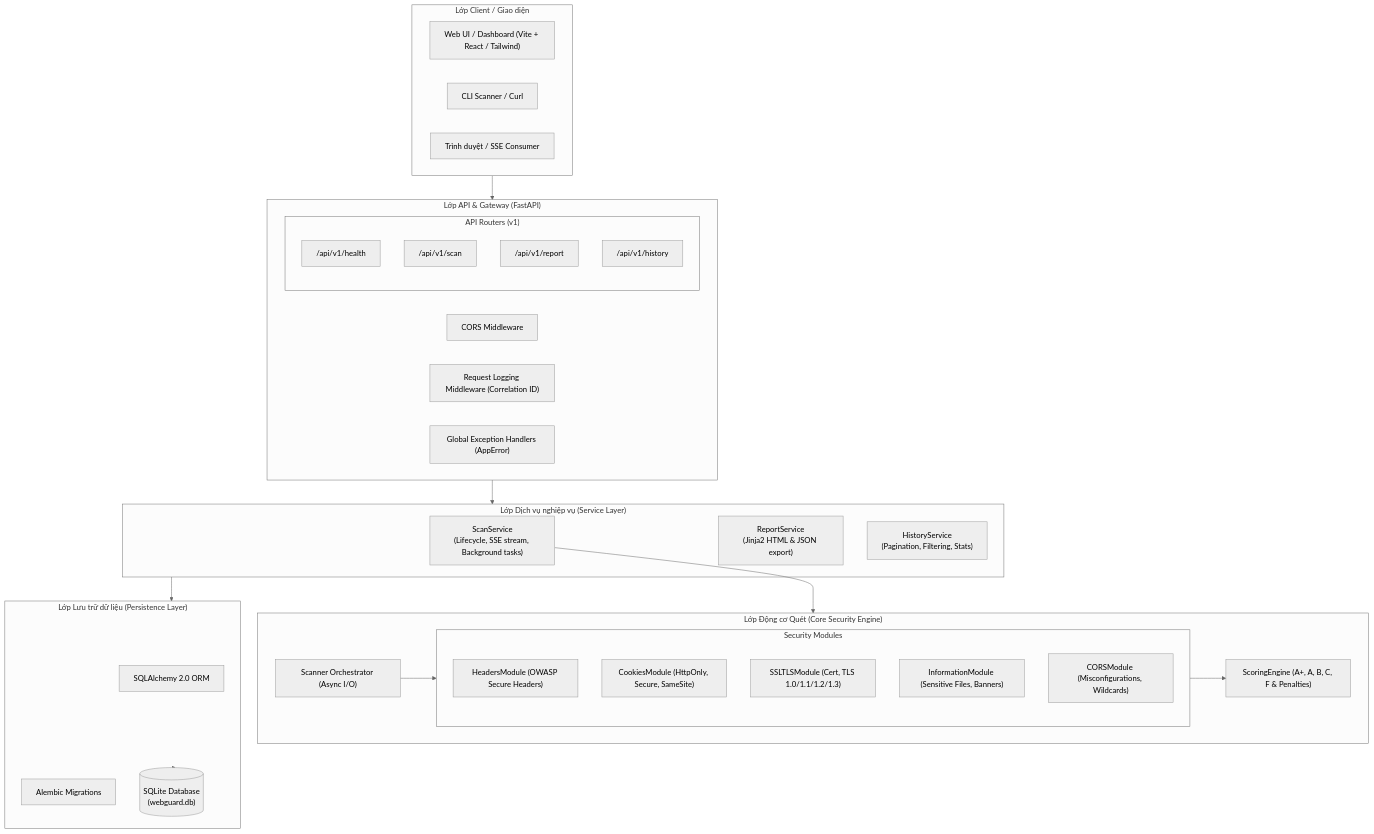
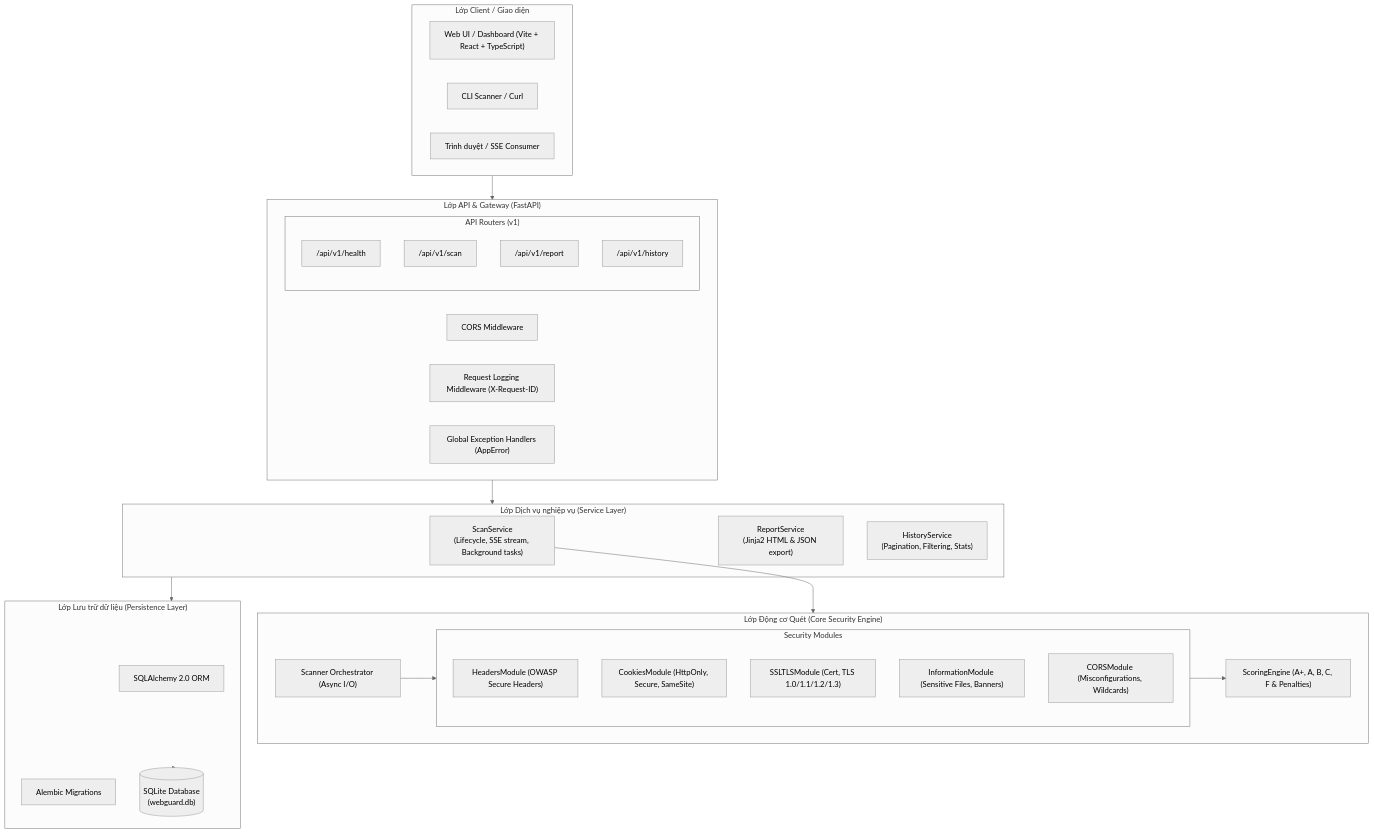
Before and after one commit to mainhuthuy/WebGuard: the first of 3 diagrams in docs/ARCHITECTURE.md, drawn with Mermaid (neutral theme). The commit also changed other lines of this file and 26 other files, not shown here.

````diff
--- a/docs/ARCHITECTURE.md
+++ b/docs/ARCHITECTURE.md
@@ -13,53 +13,53 @@
 ```mermaid
 flowchart TB
     subgraph ClientLayer["Lớp Client / Giao diện"]
-        UI["Web UI / Dashboard (Vite + React / Tailwind)"]
+        UI["Web UI / Dashboard (Vite + React + TypeScript)"]
         CLI["CLI Scanner / Curl"]
         Browser["Trình duyệt / SSE Consumer"]
     end
 
     subgraph APILayer["Lớp API & Gateway (FastAPI)"]
         CORSMW["CORS Middleware"]
-        LoggingMW["Request Logging Middleware (Correlation ID)"]
+        LoggingMW["Request Logging Middleware (X-Request-ID)"]
         ExceptionH["Global Exception Handlers (AppError)"]
         
         subgraph Routers["API Routers (v1)"]
             R_Health["/api/v1/health"]
             R_Scan["/api/v1/scan"]
             R_Report["/api/v1/report"]
             R_History["/api/v1/history"]
         end
     end
 
     subgraph ServiceLayer["Lớp Dịch vụ nghiệp vụ (Service Layer)"]
         ScanSvc["ScanService\n(Lifecycle, SSE stream, Background tasks)"]
         ReportSvc["ReportService\n(Jinja2 HTML & JSON export)"]
         HistorySvc["HistoryService\n(Pagination, Filtering, Stats)"]
     end
 
     subgraph EngineLayer["Lớp Động cơ Quét (Core Security Engine)"]
         Scanner["Scanner Orchestrator (Async I/O)"]
         subgraph Modules["Security Modules"]
             M_Headers["HeadersModule (OWASP Secure Headers)"]
             M_Cookies["CookiesModule (HttpOnly, Secure, SameSite)"]
             M_SSL["SSLTLSModule (Cert, TLS 1.0/1.1/1.2/1.3)"]
             M_Info["InformationModule (Sensitive Files, Banners)"]
             M_CORS["CORSModule (Misconfigurations, Wildcards)"]
         end
         Scoring["ScoringEngine (A+, A, B, C, F & Penalties)"]
     end
 
     subgraph PersistenceLayer["Lớp Lưu trữ dữ liệu (Persistence Layer)"]
         SQLAlchemy["SQLAlchemy 2.0 ORM"]
         Alembic["Alembic Migrations"]
         SQLiteDB[("SQLite Database\n(webguard.db)")]
     end
 
     ClientLayer --> APILayer
     APILayer --> ServiceLayer
     ScanSvc --> EngineLayer
     Scanner --> Modules
     Modules --> Scoring
     ServiceLayer --> PersistenceLayer
     PersistenceLayer --> SQLiteDB
 ```
````
